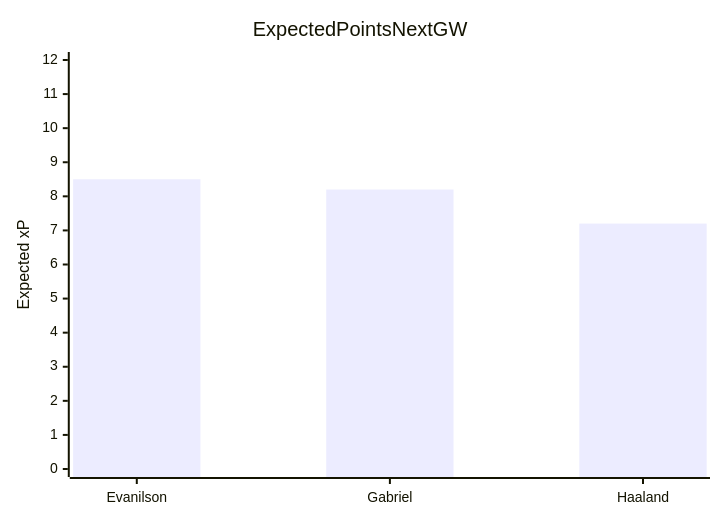
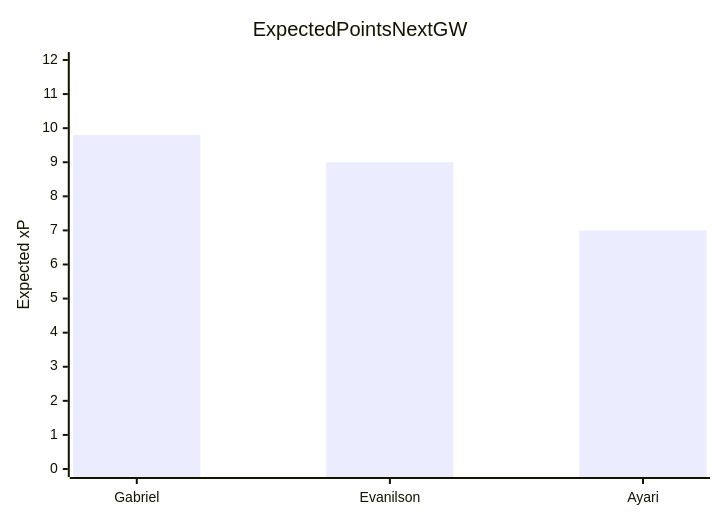
The fourth of 6 diagrams in fpl_report.md (techsuresh82/fpl-analyzer), drawn with Mermaid before and after one commit. The commit also changed other lines of this file, not shown here.

````diff
--- a/fpl_report.md
+++ b/fpl_report.md
@@ -186,7 +154,7 @@
 ```mermaid
 xychart-beta
     title Expected Points Next GW
-    x-axis [Evanilson, Gabriel, Haaland]
+    x-axis [Gabriel, Evanilson, Ayari]
     y-axis "Expected xP" 0 --> 12
-    bar [8.5, 8.2, 7.2]
+    bar [9.8, 9.0, 7.0]
 ```
````
